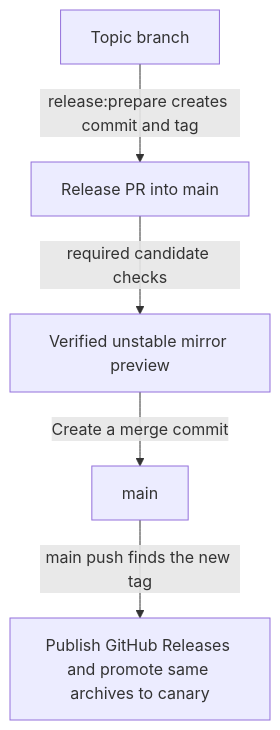
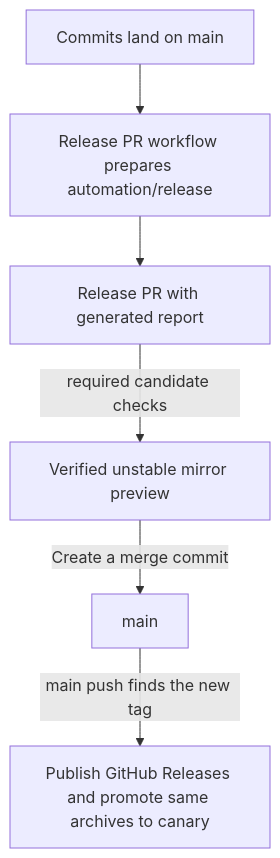
One commit to dukasn/everyinit changed the diagram in docs/contributing/10.development.md. Above: the diagram before and after it, drawn with Mermaid. The commit also changed other lines of this file and 17 other files, not shown here.

Commit message:
feat(release): maintain a release pull request from main

````diff
--- a/docs/contributing/10.development.md
+++ b/docs/contributing/10.development.md
@@ -268,7 +267,8 @@
 ```mermaid
 flowchart TD
-    T[Topic branch] -->|release:prepare creates commit and tag| P[Release PR into main]
+    C[Commits land on main] --> B[Release PR workflow prepares automation/release]
+    B --> P[Release PR with generated report]
     P -->|required candidate checks| U[Verified unstable mirror preview]
     U -->|Create a merge commit| M[main]
     M -->|main push finds the new tag| G[Publish GitHub Releases and promote same archives to canary]
 ```
````
